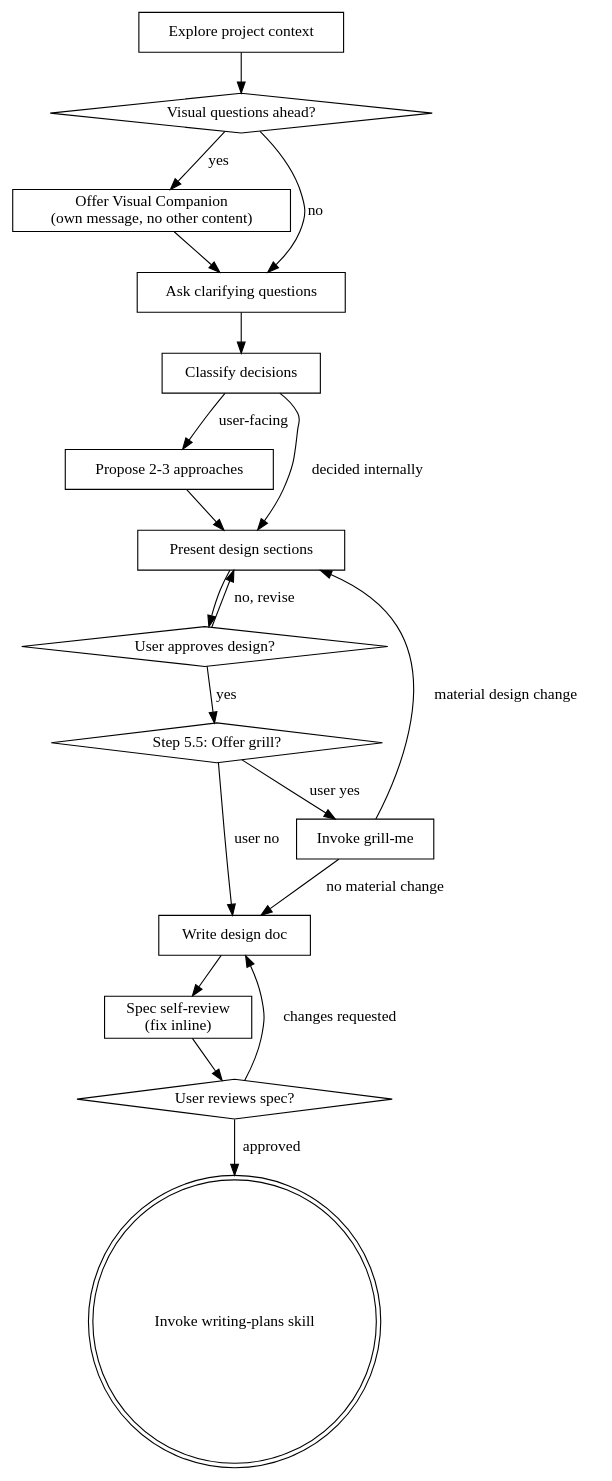
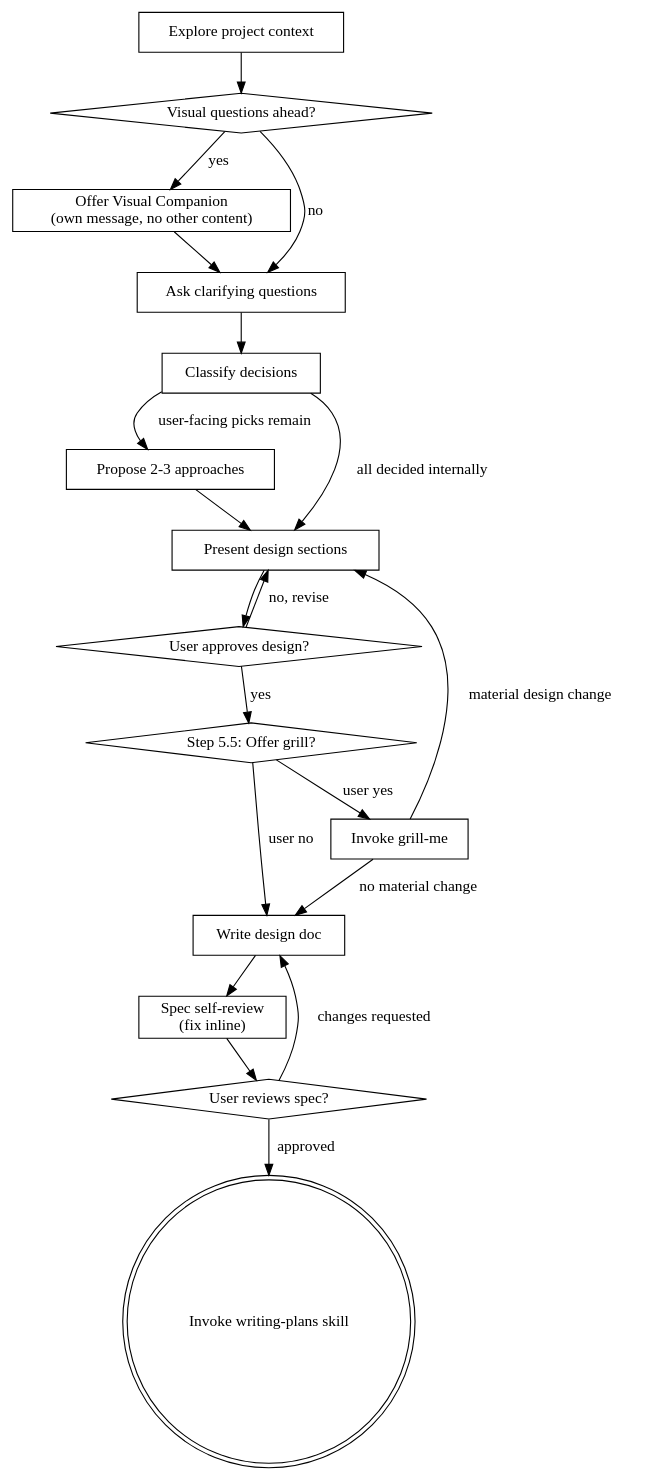
One commit to chris-yyau/busdriver changed the diagram in skills/brainstorming/SKILL.md. Above: the diagram before and after it, drawn with Graphviz. The commit also changed other lines of this file, not shown here.

Commit message:
fix: address PR #156 feedback
rename flowchart edges; disambiguate checklist step 4; dropped [self-decided] tag (scope creep — defer to follow-up)

````diff
--- a/skills/brainstorming/SKILL.md
+++ b/skills/brainstorming/SKILL.md
@@ -45,38 +45,38 @@
 ```dot
 digraph brainstorming {
     "Explore project context" [shape=box];
     "Visual questions ahead?" [shape=diamond];
     "Offer Visual Companion\n(own message, no other content)" [shape=box];
     "Ask clarifying questions" [shape=box];
     "Classify decisions" [shape=box];
     "Propose 2-3 approaches" [shape=box];
     "Present design sections" [shape=box];
     "User approves design?" [shape=diamond];
     "Step 5.5: Offer grill?" [shape=diamond];
     "Invoke grill-me" [shape=box];
     "Write design doc" [shape=box];
     "Spec self-review\n(fix inline)" [shape=box];
     "User reviews spec?" [shape=diamond];
     "Invoke writing-plans skill" [shape=doublecircle];
 
     "Explore project context" -> "Visual questions ahead?";
     "Visual questions ahead?" -> "Offer Visual Companion\n(own message, no other content)" [label="yes"];
     "Visual questions ahead?" -> "Ask clarifying questions" [label="no"];
     "Offer Visual Companion\n(own message, no other content)" -> "Ask clarifying questions";
     "Ask clarifying questions" -> "Classify decisions";
-    "Classify decisions" -> "Propose 2-3 approaches" [label="user-facing"];
-    "Classify decisions" -> "Present design sections" [label="decided internally"];
+    "Classify decisions" -> "Propose 2-3 approaches" [label="user-facing picks remain"];
+    "Classify decisions" -> "Present design sections" [label="all decided internally"];
     "Propose 2-3 approaches" -> "Present design sections";
     "Present design sections" -> "User approves design?";
     "User approves design?" -> "Present design sections" [label="no, revise"];
     "User approves design?" -> "Step 5.5: Offer grill?" [label="yes"];
     "Step 5.5: Offer grill?" -> "Invoke grill-me" [label="user yes"];
     "Step 5.5: Offer grill?" -> "Write design doc" [label="user no"];
     "Invoke grill-me" -> "Present design sections" [label="material design change"];
     "Invoke grill-me" -> "Write design doc" [label="no material change"];
     "Write design doc" -> "Spec self-review\n(fix inline)";
     "Spec self-review\n(fix inline)" -> "User reviews spec?";
     "User reviews spec?" -> "Write design doc" [label="changes requested"];
     "User reviews spec?" -> "Invoke writing-plans skill" [label="approved"];
 }
 ```
````
